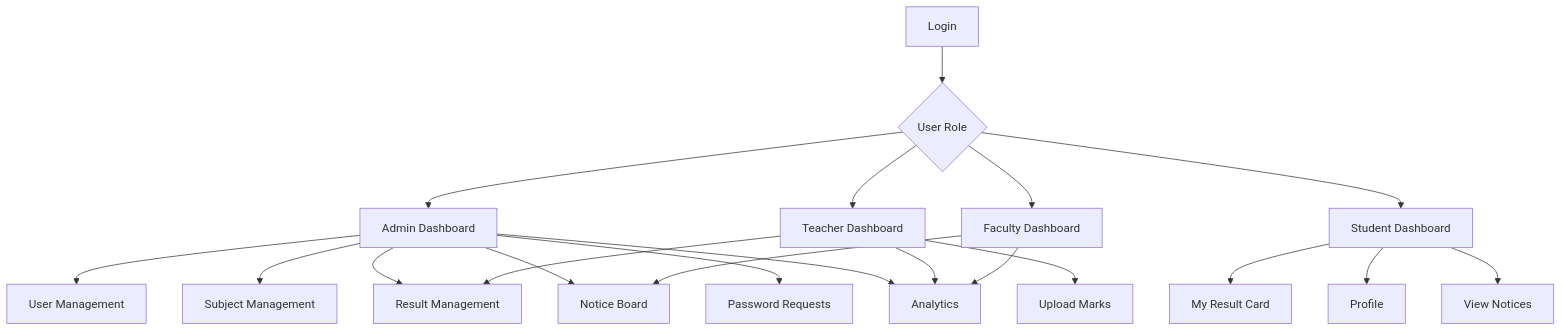
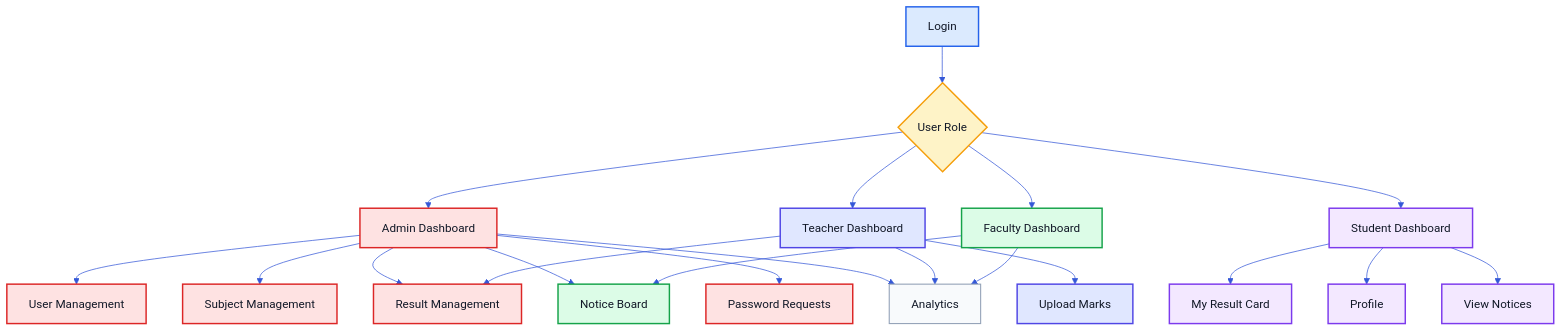
The third of 7 diagrams in README.md (aniket-nihal/MCA-Result-Portal), drawn with Mermaid before and after one commit. The commit also changed other lines of this file, not shown here.

````diff
--- a/README.md
+++ b/README.md
@@ -94,26 +123,43 @@
 ```mermaid
+%%{init: {'theme': 'base', 'themeVariables': { 'primaryColor': '#eef4ff', 'primaryTextColor': '#182033', 'lineColor': '#3558d7', 'fontFamily': 'Arial' }}}%%
 flowchart TD
     Login[Login] --> Role{User Role}
     Role --> Admin[Admin Dashboard]
     Role --> Teacher[Teacher Dashboard]
     Role --> Faculty[Faculty Dashboard]
     Role --> Student[Student Dashboard]
 
     Admin --> Users[User Management]
     Admin --> Subjects[Subject Management]
     Admin --> Results[Result Management]
     Admin --> Notices[Notice Board]
     Admin --> Passwords[Password Requests]
     Admin --> Analytics[Analytics]
 
     Teacher --> Upload[Upload Marks]
     Teacher --> Analytics
     Teacher --> Results
 
     Faculty --> Notices
     Faculty --> Analytics
 
     Student --> MyResult[My Result Card]
     Student --> Profile[Profile]
     Student --> StudentNotices[View Notices]
+
+    classDef entry fill:#dbeafe,stroke:#2563eb,color:#111827,stroke-width:2px
+    classDef decision fill:#fef3c7,stroke:#f59e0b,color:#111827,stroke-width:2px
+    classDef admin fill:#fee2e2,stroke:#dc2626,color:#111827,stroke-width:2px
+    classDef teacher fill:#e0e7ff,stroke:#4f46e5,color:#111827,stroke-width:2px
+    classDef faculty fill:#dcfce7,stroke:#16a34a,color:#111827,stroke-width:2px
+    classDef student fill:#f3e8ff,stroke:#7c3aed,color:#111827,stroke-width:2px
+    classDef module fill:#f8fafc,stroke:#94a3b8,color:#111827,stroke-width:1.5px
+
+    class Login entry
+    class Role decision
+    class Admin,Users,Subjects,Results,Passwords admin
+    class Teacher,Upload teacher
+    class Faculty,Notices faculty
+    class Student,MyResult,Profile,StudentNotices student
+    class Analytics module
 ```
````
